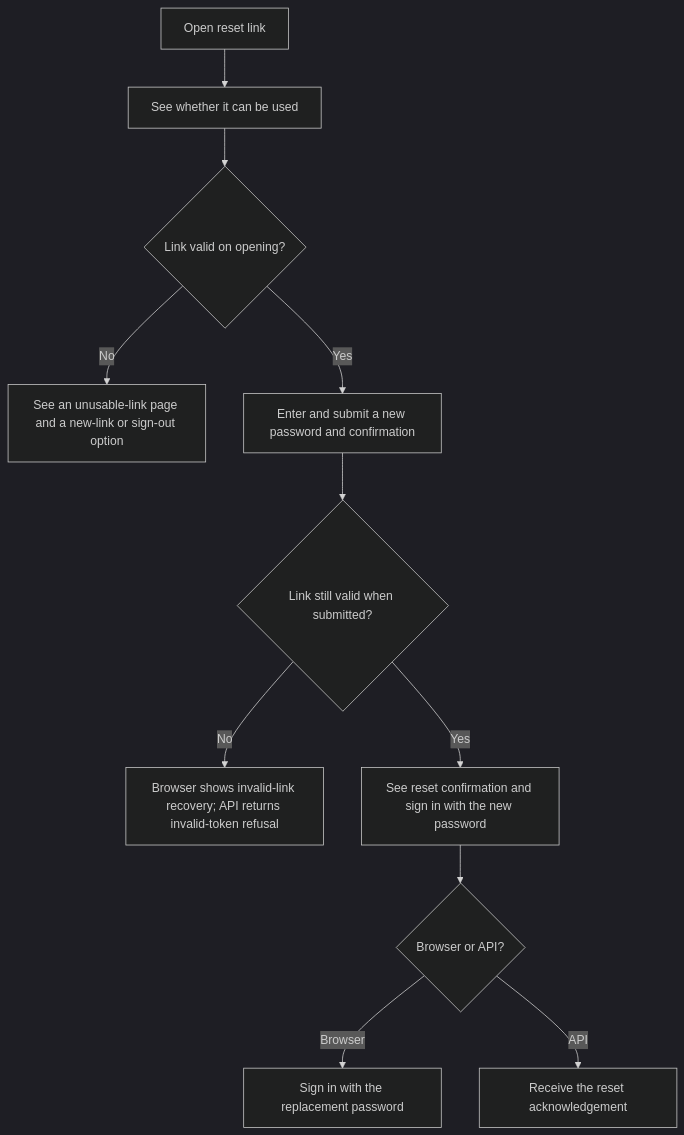
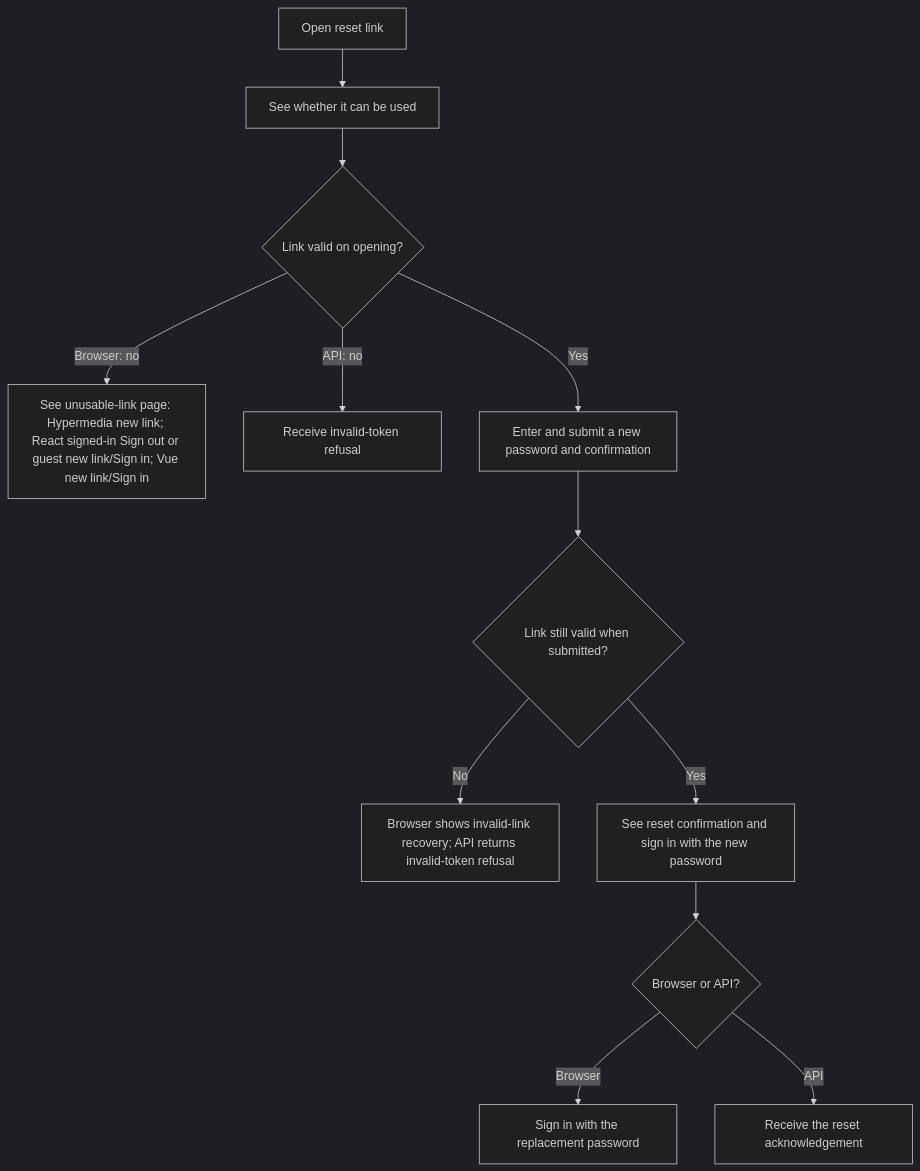
One commit to Kevinjohn/oss-adonisjs-starter-examples changed the first of 2 diagrams in user-stories/accounts/us-account-09-complete-password-reset.md. Above: the diagram before and after it, drawn with Mermaid (dark theme). The commit also changed other lines of this file and 22 other files, not shown here.

````diff
--- a/user-stories/accounts/us-account-09-complete-password-reset.md
+++ b/user-stories/accounts/us-account-09-complete-password-reset.md
@@ -28,13 +29,14 @@
 ```mermaid
 flowchart TD
     A["Open reset link"] --> B["See whether it can be used"]
     B --> C{"Link valid on opening?"}
-    C -->|No| D["See an unusable-link page and a new-link or sign-out option"]
+    C -->|Browser: no| D["See unusable-link page: Hypermedia new link; React signed-in Sign out or guest new link/Sign in; Vue new link/Sign in"]
+    C -->|API: no| L["Receive invalid-token refusal"]
     C -->|Yes| E["Enter and submit a new password and confirmation"]
     E --> F{"Link still valid when submitted?"}
     F -->|No| G["Browser shows invalid-link recovery; API returns invalid-token refusal"]
     F -->|Yes| H["See reset confirmation and sign in with the new password"]
     H --> I{"Browser or API?"}
     I -->|Browser| J["Sign in with the replacement password"]
     I -->|API| K["Receive the reset acknowledgement"]
 ```
````
